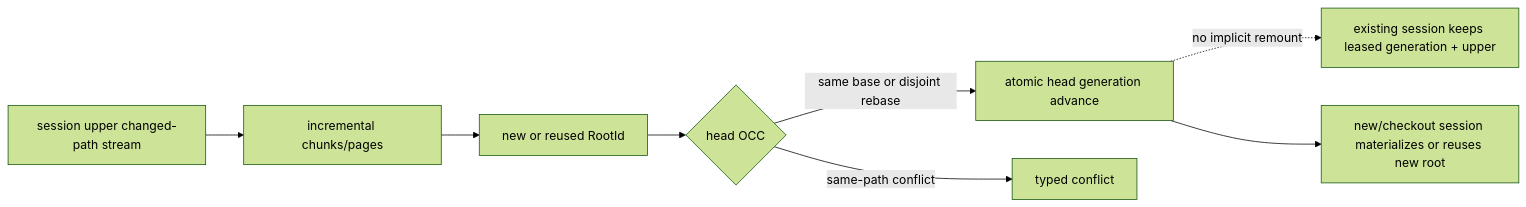
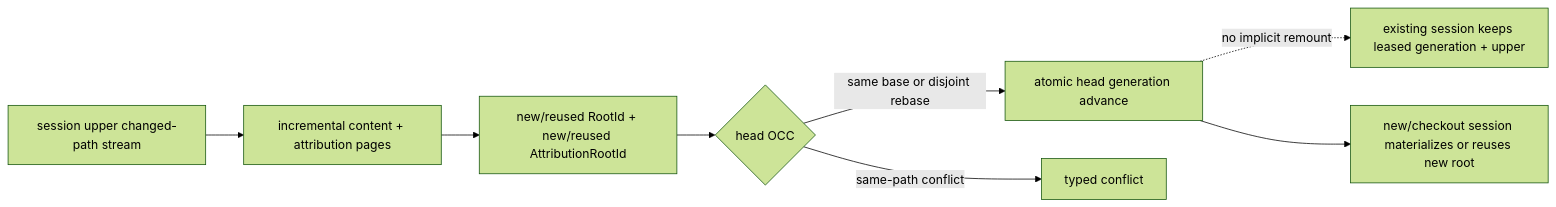
Before and after one commit to Ephemeral-AI-Lab/ephemeral-sandbox-docs: the second of 7 diagrams in implementation-plan/2.0 migration/phase 1/implementation/layerstack_storage_contract.md, drawn with Mermaid (forest theme). The commit also changed other lines of this file and 17 other files, not shown here.

````diff
--- a/implementation-plan/2.0 migration/phase 1/implementation/layerstack_storage_contract.md
+++ b/implementation-plan/2.0 migration/phase 1/implementation/layerstack_storage_contract.md
@@ -456,10 +476,10 @@
 ```mermaid
 flowchart LR
-    U["session upper changed-path stream"] --> P["incremental chunks/pages"]
-    P --> R["new or reused RootId"]
+    U["session upper changed-path stream"] --> P["incremental content + attribution pages"]
+    P --> R["new/reused RootId + new/reused AttributionRootId"]
     R --> C{"head OCC"}
     C -->|"same base or disjoint rebase"| H["atomic head generation advance"]
     C -->|"same-path conflict"| X["typed conflict"]
     H -. "no implicit remount" .-> S["existing session keeps leased generation + upper"]
     H --> N["new/checkout session materializes or reuses new root"]
 ```
````
